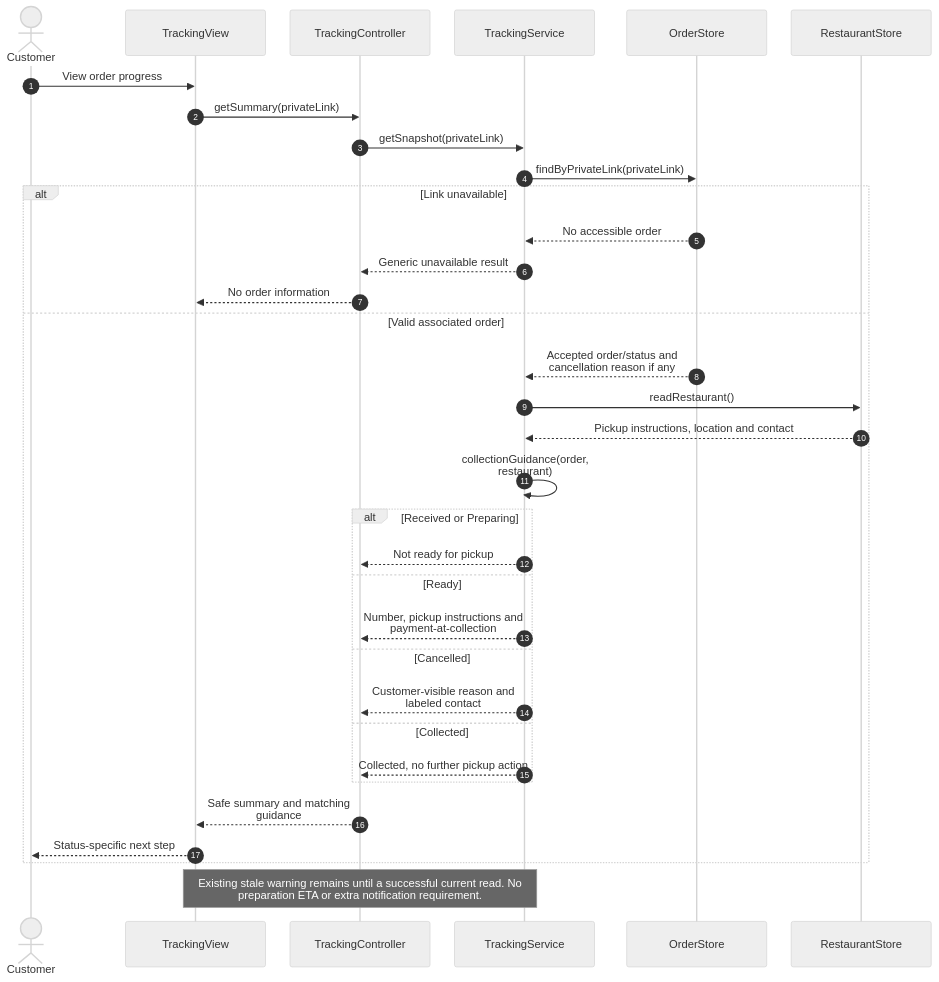
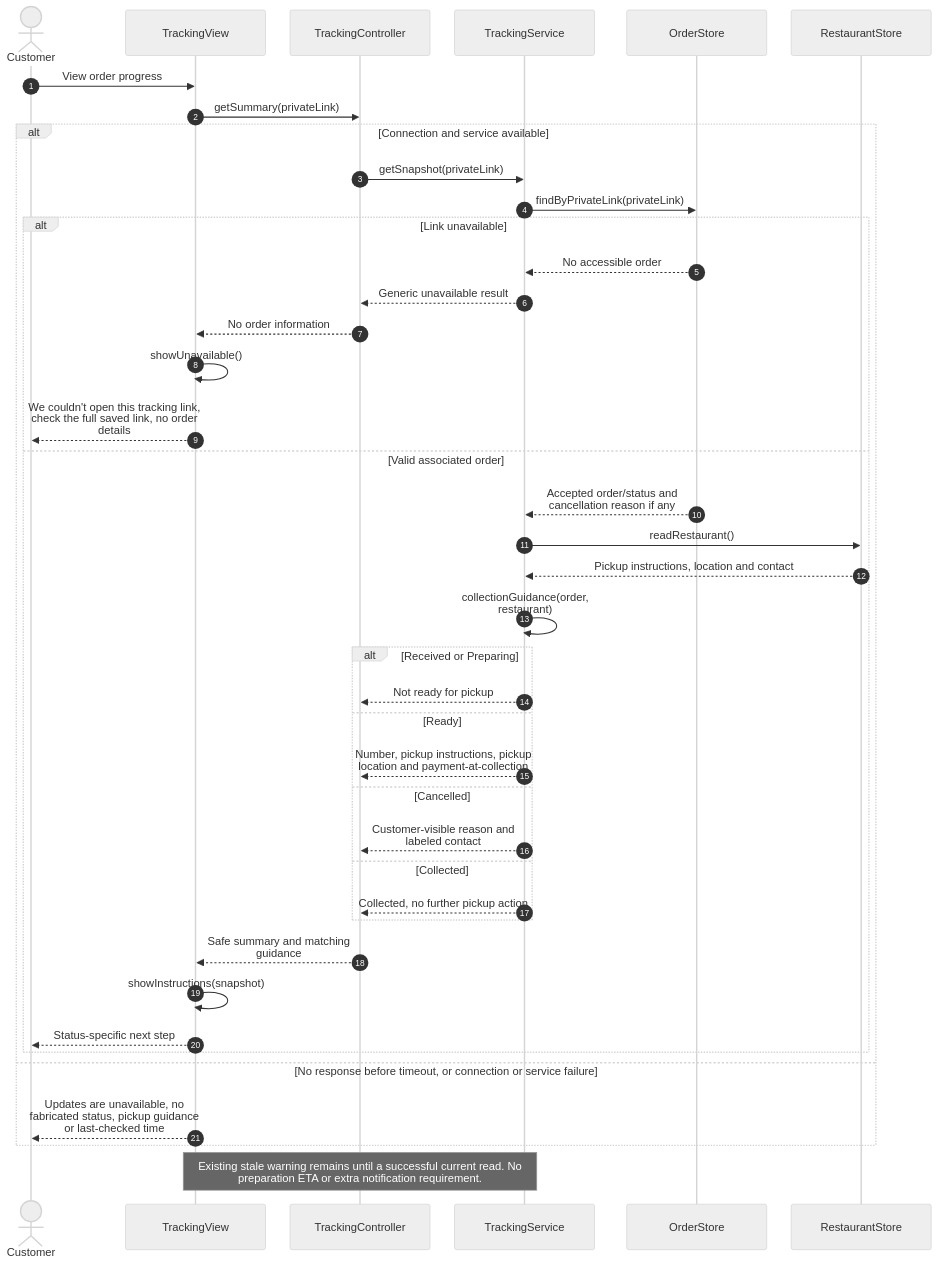
Before and after one commit to axantillon/mesa-tica: the diagram in design/diagrams/C3-instructions.mmd, drawn with Mermaid (neutral theme). The commit also changed 19 other files, not shown here.

```diff
--- a/design/diagrams/C3-instructions.mmd
+++ b/design/diagrams/C3-instructions.mmd
@@ -1,35 +1,42 @@
 %%{init: {"sequence": {"wrap": true, "width": 200, "actorMargin": 35}}}%%
 sequenceDiagram
     autonumber
     actor Customer
     participant UI as TrackingView
     participant C as TrackingController
     participant S as TrackingService
     participant O as OrderStore
     participant R as RestaurantStore
     Customer->>UI: View order progress
     UI->>C: getSummary(privateLink)
+    alt Connection and service available
     C->>S: getSnapshot(privateLink)
     S->>O: findByPrivateLink(privateLink)
     alt Link unavailable
     O-->>S: No accessible order
     S-->>C: Generic unavailable result
     C-->>UI: No order information
+    UI->>UI: showUnavailable()
+    UI-->>Customer: We couldn't open this tracking link, check the full saved link, no order details
     else Valid associated order
     O-->>S: Accepted order/status and cancellation reason if any
     S->>R: readRestaurant()
     R-->>S: Pickup instructions, location and contact
     S->>S: collectionGuidance(order, restaurant)
     alt Received or Preparing
     S-->>C: Not ready for pickup
     else Ready
-    S-->>C: Number, pickup instructions and payment-at-collection
+    S-->>C: Number, pickup instructions, pickup location and payment-at-collection
     else Cancelled
     S-->>C: Customer-visible reason and labeled contact
     else Collected
     S-->>C: Collected, no further pickup action
     end
     C-->>UI: Safe summary and matching guidance
+    UI->>UI: showInstructions(snapshot)
     UI-->>Customer: Status-specific next step
     end
+    else No response before timeout, or connection or service failure
+    UI-->>Customer: Updates are unavailable, no fabricated status, pickup guidance or last-checked time
+    end
     Note over UI,S: Existing stale warning remains until a successful current read. No preparation ETA or extra notification requirement.
```
